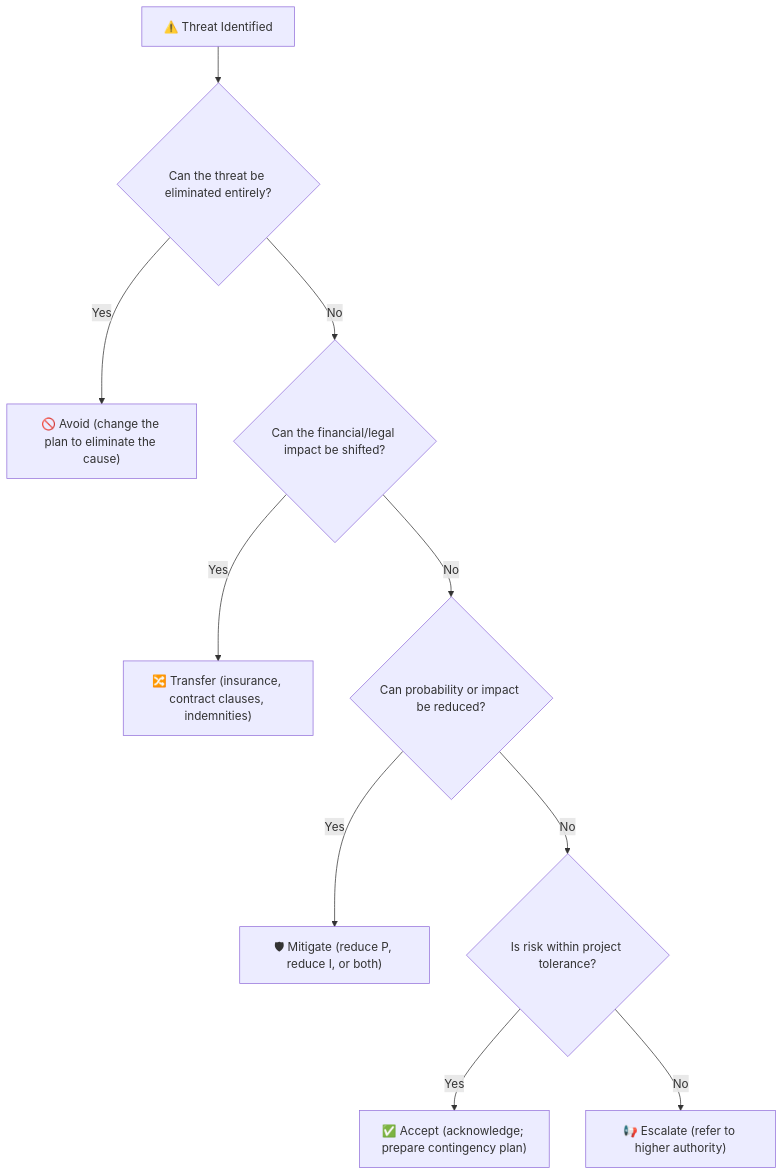
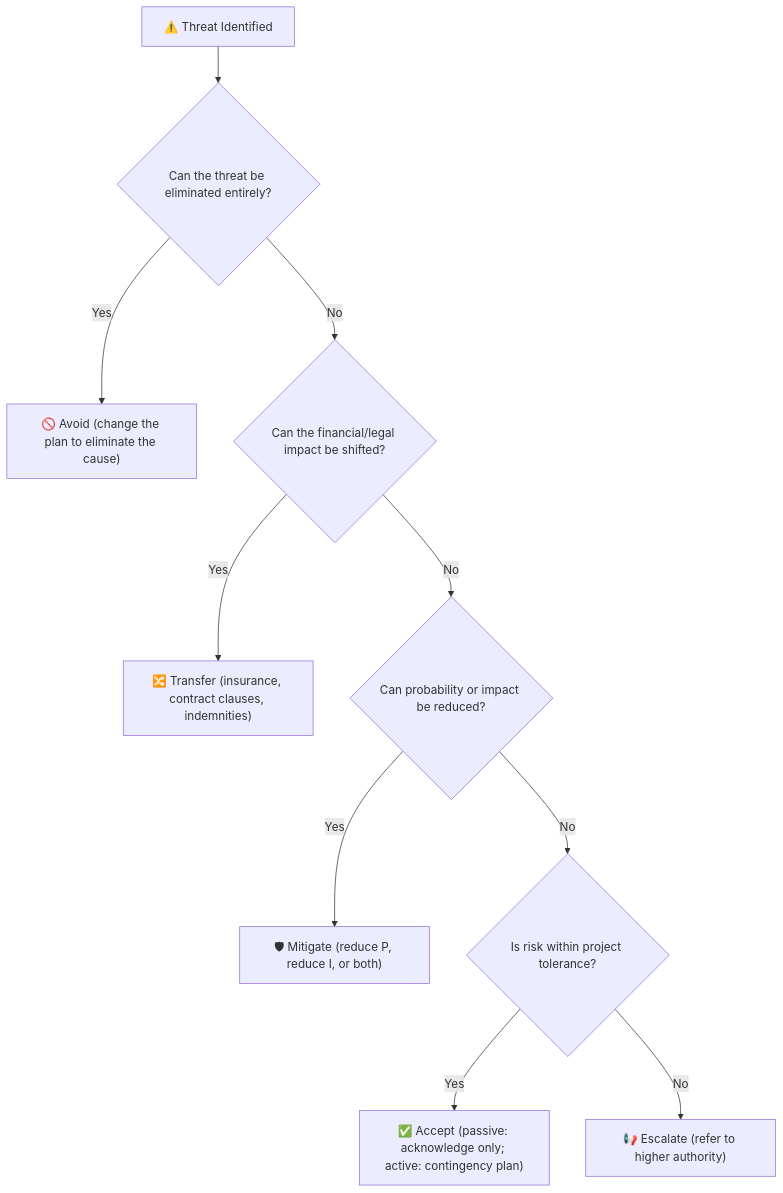
Before and after one commit to UncleJS/course_projectManagement: the third of 4 diagrams in modules/11-risk-management.md, drawn with Mermaid. The commit also changed other lines of this file and 32 other files, not shown here.

````diff
--- a/modules/11-risk-management.md
+++ b/modules/11-risk-management.md
@@ -294,22 +305,22 @@
 ```mermaid
 flowchart TD
     T["⚠️ Threat Identified"]
     Q1{"Can the threat be eliminated entirely?"}
     AV["🚫 Avoid (change the plan to eliminate the cause)"]
     Q2{"Can the financial/legal impact be shifted?"}
     TR["🔀 Transfer (insurance, contract clauses, indemnities)"]
     Q3{"Can probability or impact be reduced?"}
     MI["🛡 Mitigate (reduce P, reduce I, or both)"]
     Q4{"Is risk within project tolerance?"}
-    AC["✅ Accept (acknowledge; prepare contingency plan)"]
+    AC["✅ Accept (passive: acknowledge only; active: contingency plan)"]
     ES["📢 Escalate (refer to higher authority)"]
     T --> Q1
     Q1 -->|Yes| AV
     Q1 -->|No| Q2
     Q2 -->|Yes| TR
     Q2 -->|No| Q3
     Q3 -->|Yes| MI
     Q3 -->|No| Q4
     Q4 -->|Yes| AC
     Q4 -->|No| ES
 ```
````
